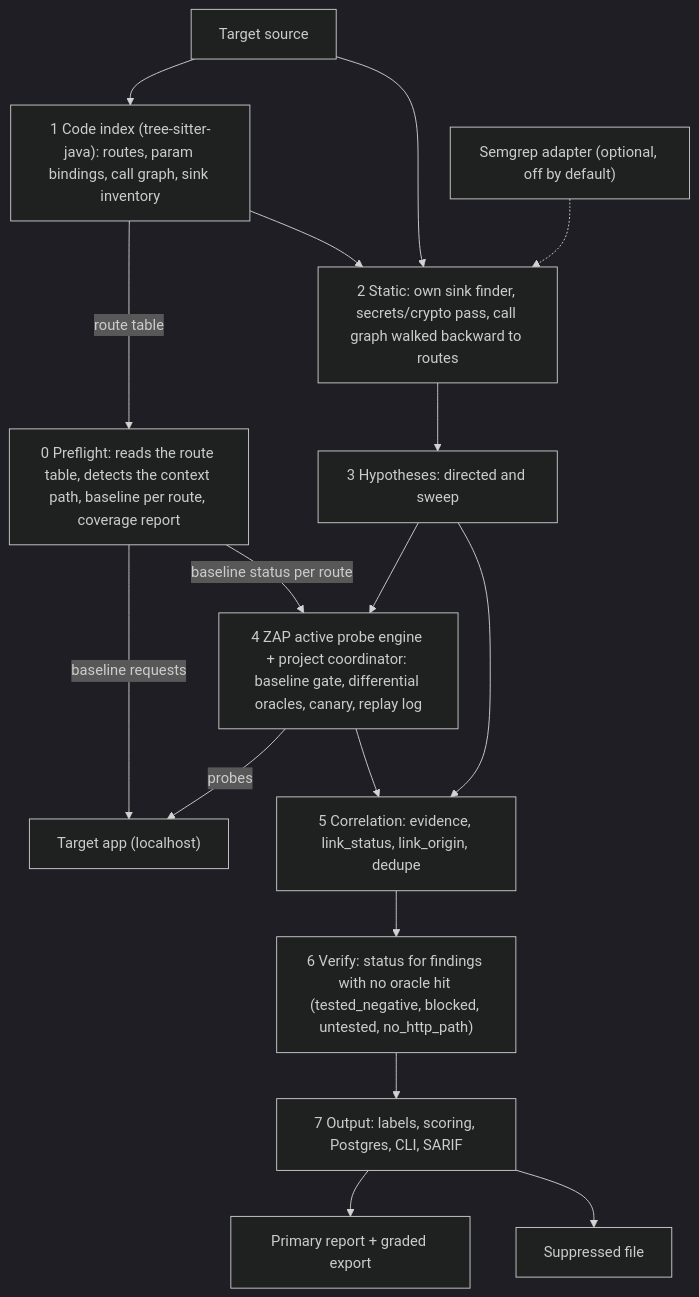
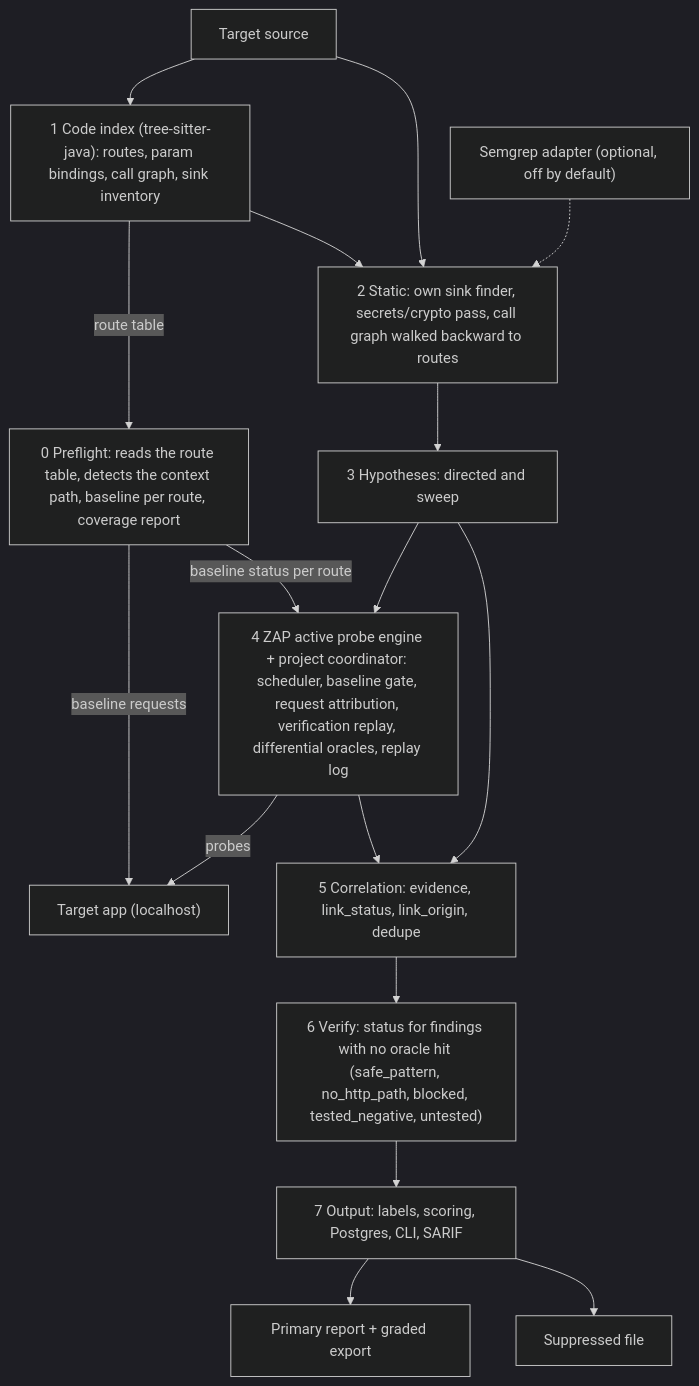
Before and after one commit to ROHITH-KUMAR-L/elenchus: the first of 2 diagrams in docs/architecture.md, drawn with Mermaid (dark theme). The commit also changed other lines of this file and 15 other files, not shown here.

````diff
--- a/docs/architecture.md
+++ b/docs/architecture.md
@@ -29,30 +31,30 @@
 ```mermaid
 flowchart TD
     src[Target source]
     app["Target app (localhost)"]
     idx["1 Code index (tree-sitter-java): routes, param bindings, call graph, sink inventory"]
     pre["0 Preflight: reads the route table, detects the context path, baseline per route, coverage report"]
     sta["2 Static: own sink finder, secrets/crypto pass, call graph walked backward to routes"]
     semgrep["Semgrep adapter (optional, off by default)"]
     hyp["3 Hypotheses: directed and sweep"]
-    probe["4 ZAP active probe engine + project coordinator: baseline gate, differential oracles, canary, replay log"]
+    probe["4 ZAP active probe engine + project coordinator: scheduler, baseline gate, request attribution, verification replay, differential oracles, replay log"]
     corr["5 Correlation: evidence, link_status, link_origin, dedupe"]
-    ver["6 Verify: status for findings with no oracle hit (tested_negative, blocked, untested, no_http_path)"]
+    ver["6 Verify: status for findings with no oracle hit (safe_pattern, no_http_path, blocked, tested_negative, untested)"]
     out["7 Output: labels, scoring, Postgres, CLI, SARIF"]
     src --> idx
     idx -- route table --> pre
     pre -- baseline requests --> app
     idx --> sta
     src --> sta
     semgrep -.-> sta
     sta --> hyp
     pre -- baseline status per route --> probe
     hyp --> probe
     probe -- probes --> app
     probe --> corr
     hyp --> corr
     corr --> ver
     ver --> out
     out --> graded["Primary report + graded export"]
     out --> supp["Suppressed file"]
 ```
````
